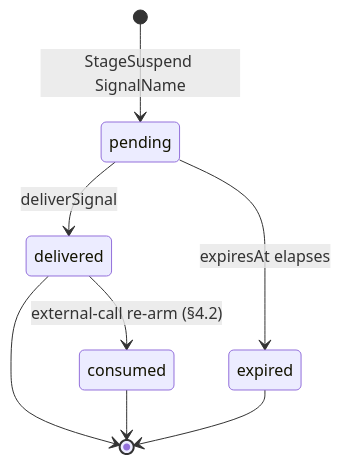
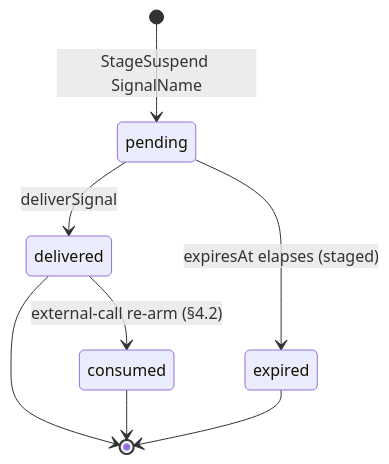
One commit to Digimuoto/cortex changed the diagram in docs/Reference/Pulse/signals.md. Above: the diagram before and after it, drawn with Mermaid. The commit also changed other lines of this file and 17 other files, not shown here.

````diff
--- a/docs/Reference/Pulse/signals.md
+++ b/docs/Reference/Pulse/signals.md
@@ -42,10 +44,10 @@
 ```mermaid
 stateDiagram-v2
     [*] --> pending: StageSuspend SignalName
     pending --> delivered: deliverSignal
-    pending --> expired: expiresAt elapses
+    pending --> expired: expiresAt elapses (staged)
     delivered --> consumed: external-call re-arm (§4.2)
     delivered --> [*]
     consumed --> [*]
     expired --> [*]
 ```
````
